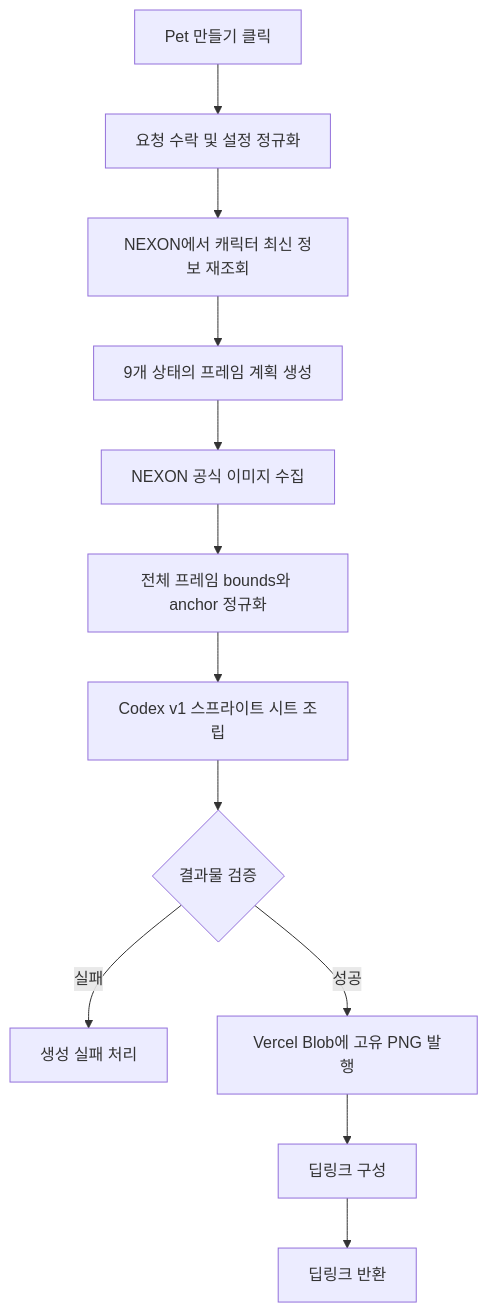
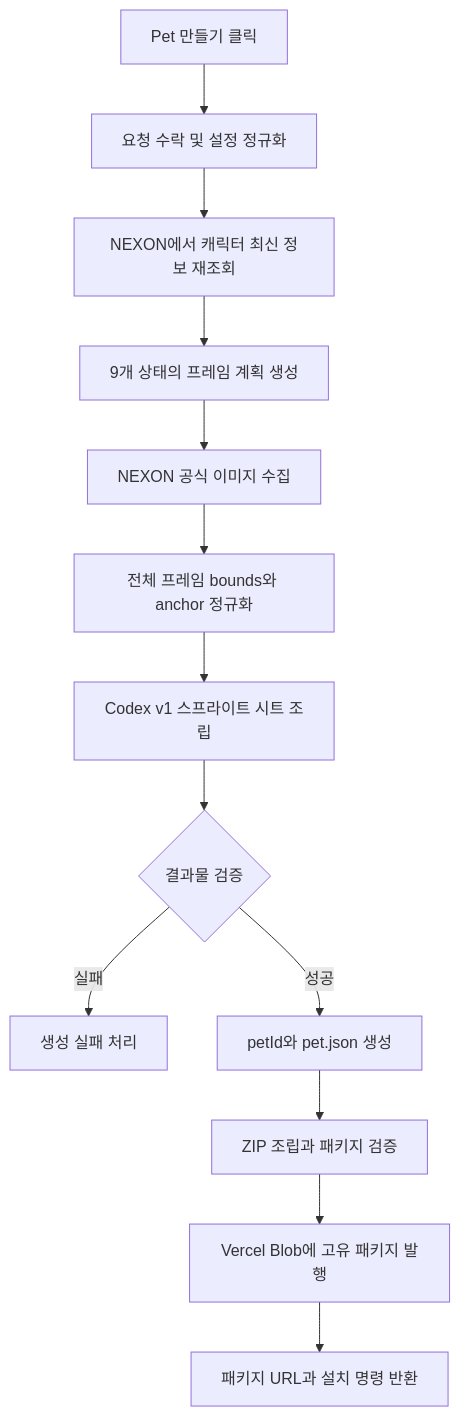
The diagram in docs/product-spec/pet-generation-flow.md (kangaroo19/maple-hatch-pet), drawn with Mermaid before and after one commit. The commit also changed other lines of this file and 10 other files, not shown here.

````diff
--- a/docs/product-spec/pet-generation-flow.md
+++ b/docs/product-spec/pet-generation-flow.md
@@ -137,14 +153,15 @@
 ```mermaid
 flowchart TD
     A["Pet 만들기 클릭"] --> B["요청 수락 및 설정 정규화"]
     B --> C["NEXON에서 캐릭터 최신 정보 재조회"]
     C --> D["9개 상태의 프레임 계획 생성"]
     D --> E["NEXON 공식 이미지 수집"]
     E --> F["전체 프레임 bounds와 anchor 정규화"]
     F --> G["Codex v1 스프라이트 시트 조립"]
     G --> H{"결과물 검증"}
     H -->|"실패"| I["생성 실패 처리"]
-    H -->|"성공"| J["Vercel Blob에 고유 PNG 발행"]
-    J --> K["딥링크 구성"]
-    K --> L["딥링크 반환"]
+    H -->|"성공"| J["petId와 pet.json 생성"]
+    J --> K["ZIP 조립과 패키지 검증"]
+    K --> L["Vercel Blob에 고유 패키지 발행"]
+    L --> M["패키지 URL과 설치 명령 반환"]
 ```
````
